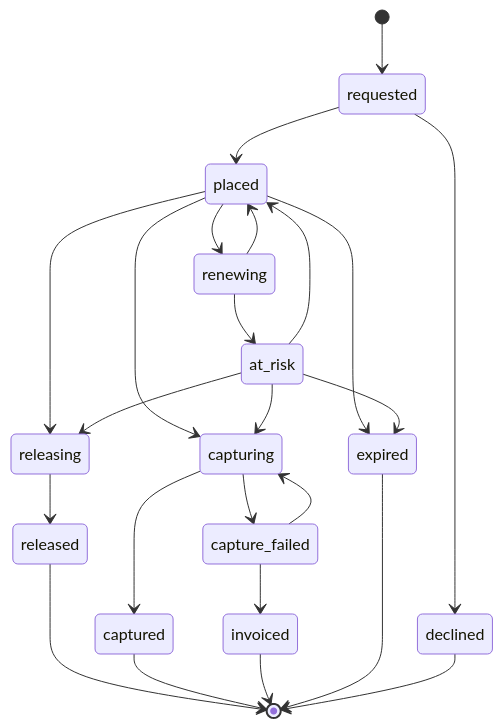
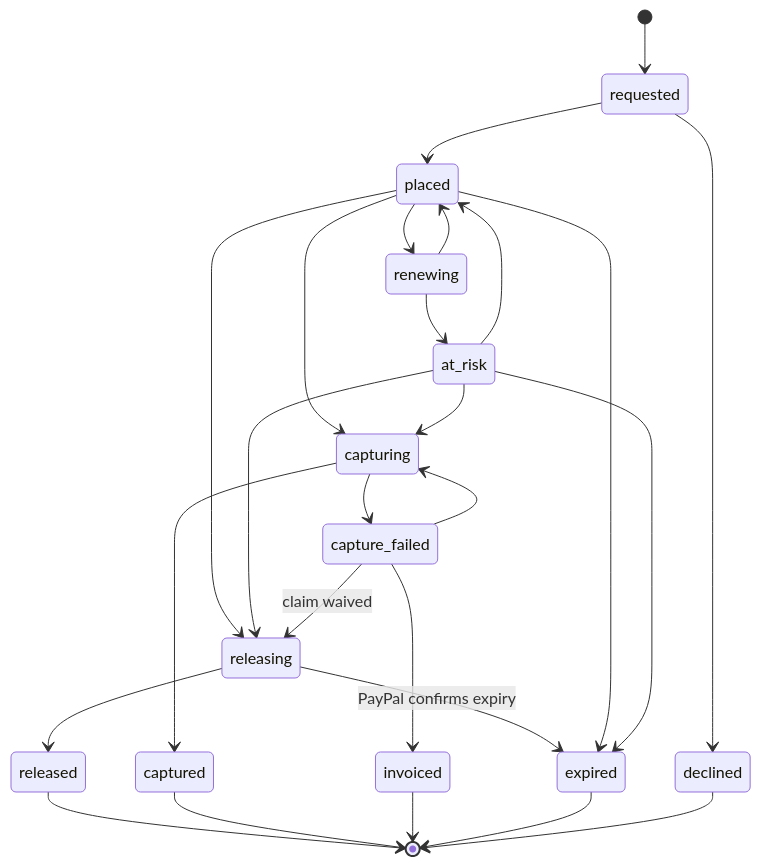
The fifth of 16 diagrams in docs/architecture.md (rogerjeasy/hold), drawn with Mermaid before and after one commit. The commit also changed other lines of this file and 137 other files, not shown here.

````diff
--- a/docs/architecture.md
+++ b/docs/architecture.md
@@ -407,26 +407,28 @@
 ```mermaid
 stateDiagram-v2
     [*] --> requested
     requested --> placed
     requested --> declined
     placed --> renewing
     renewing --> placed
     renewing --> at_risk
     at_risk --> placed
     placed --> releasing
     at_risk --> releasing
     releasing --> released
+    releasing --> expired: PayPal confirms expiry
+    capture_failed --> releasing: claim waived
     placed --> capturing
     at_risk --> capturing
     capturing --> captured
     capturing --> capture_failed
     capture_failed --> capturing
     capture_failed --> invoiced
     placed --> expired
     at_risk --> expired
     released --> [*]
     captured --> [*]
     invoiced --> [*]
     expired --> [*]
     declined --> [*]
 ```
````
